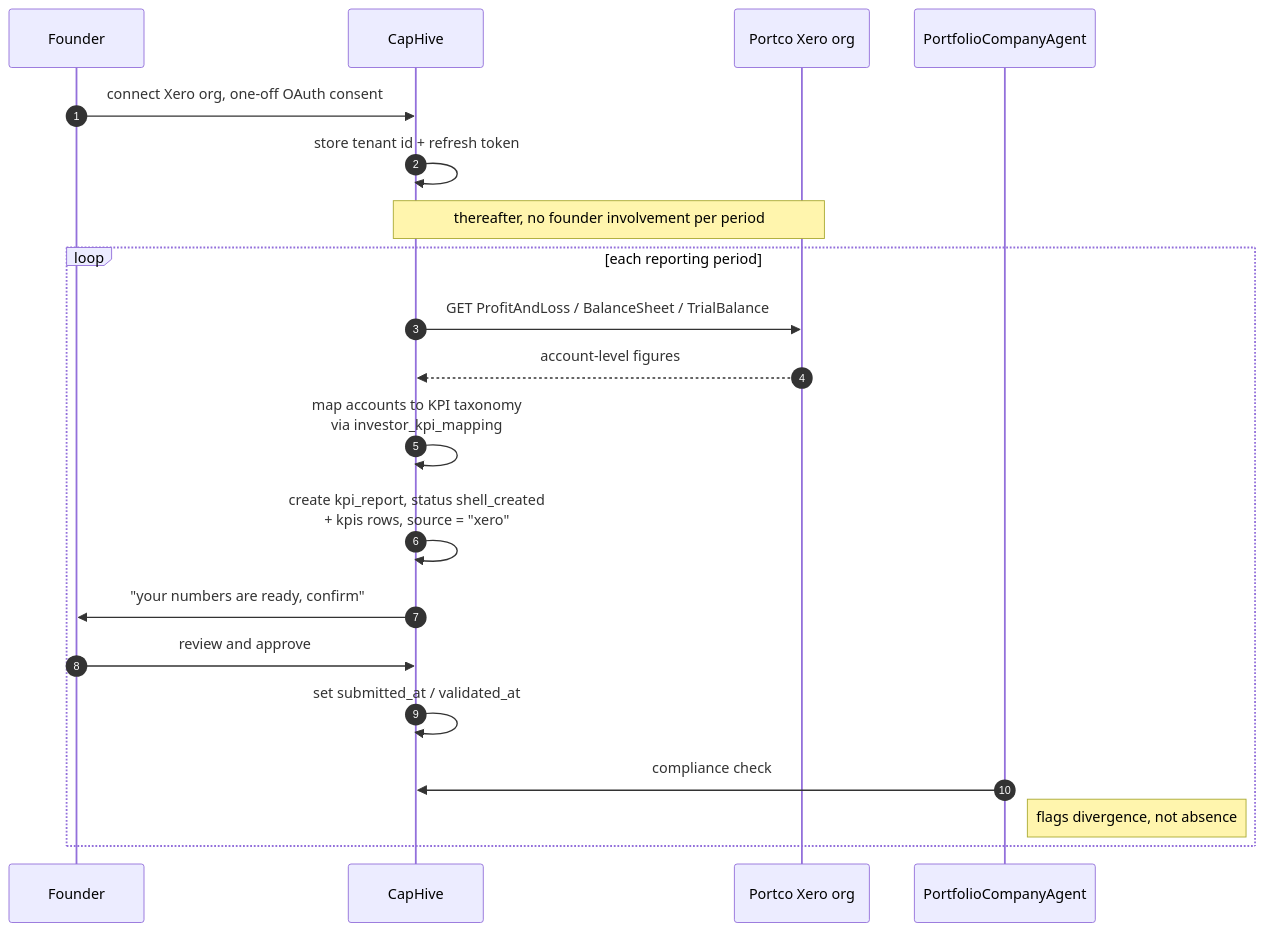
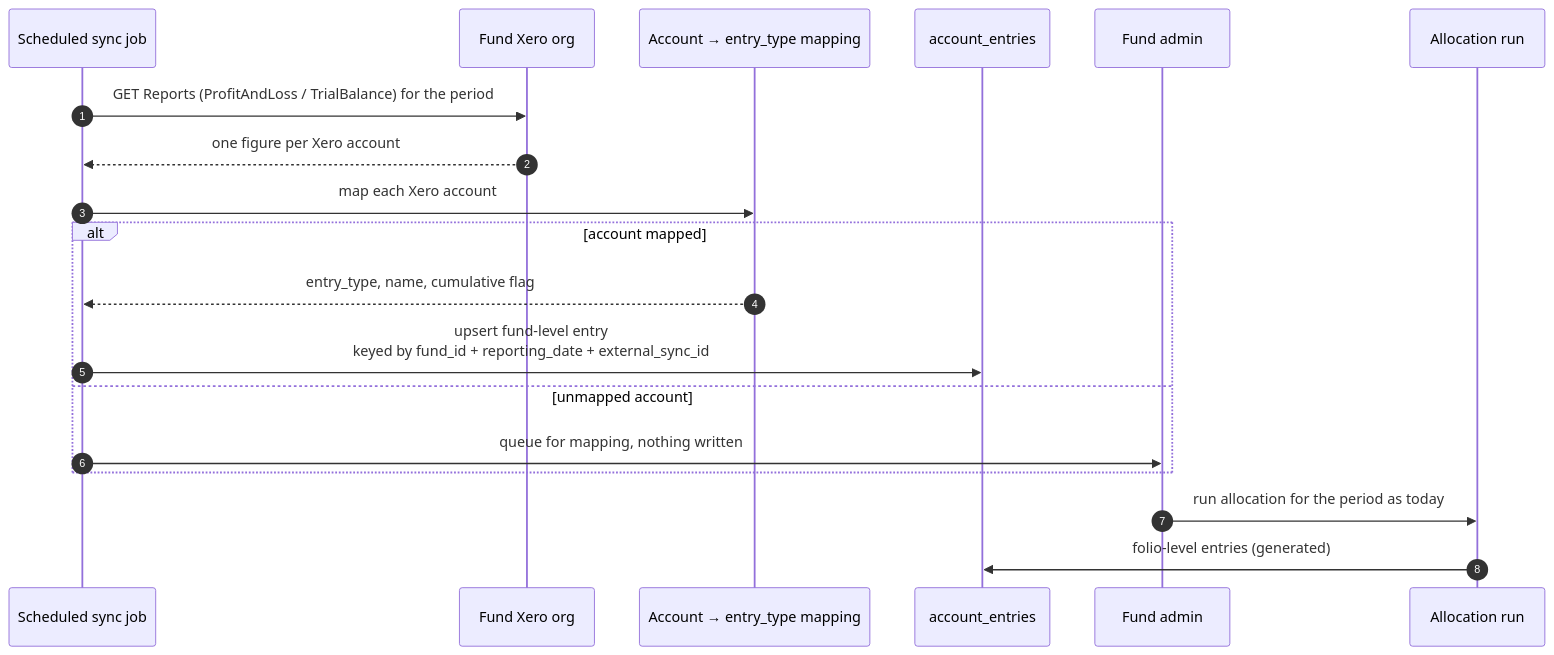
The second of 4 diagrams in docs/modules/integrations/xero_integration_use_cases.md (sampadadiwan/IRM_CompanyMain), drawn with Mermaid before and after one commit. The commit also changed other lines of this file and 11 other files, not shown here.

First line of the commit message:
Add Xero Pull Sync QA Checklist and Specifications

````diff
--- a/docs/modules/integrations/xero_integration_use_cases.md
+++ b/docs/modules/integrations/xero_integration_use_cases.md
@@ -78,24 +62,22 @@
 ```mermaid
 sequenceDiagram
     autonumber
-    participant F as Founder
-    participant CH as CapHive
-    participant X as Portco Xero org
-    participant AG as PortfolioCompanyAgent
+    participant J as Scheduled sync job
+    participant X as Fund Xero org
+    participant M as Account → entry_type mapping
+    participant AE as account_entries
+    participant OPS as Fund admin
+    participant AR as Allocation run
 
-    F->>CH: connect Xero org, one-off OAuth consent
-    CH->>CH: store tenant id + refresh token
-    Note over CH,X: thereafter, no founder involvement per period
-
-    loop each reporting period
-        CH->>X: GET ProfitAndLoss / BalanceSheet / TrialBalance
-        X-->>CH: account-level figures
-        CH->>CH: map accounts to KPI taxonomy<br/>via investor_kpi_mapping
-        CH->>CH: create kpi_report, status shell_created<br/>+ kpis rows, source = "xero"
-        CH->>F: "your numbers are ready, confirm"
-        F->>CH: review and approve
-        CH->>CH: set submitted_at / validated_at
-        AG->>CH: compliance check
-        Note right of AG: flags divergence, not absence
+    J->>X: GET Reports (ProfitAndLoss / TrialBalance) for the period
+    X-->>J: one figure per Xero account
+    J->>M: map each Xero account
+    alt account mapped
+        M-->>J: entry_type, name, cumulative flag
+        J->>AE: upsert fund-level entry<br/>keyed by fund_id + reporting_date + external_sync_id
+    else unmapped account
+        J->>OPS: queue for mapping, nothing written
     end
+    OPS->>AR: run allocation for the period as today
+    AR->>AE: folio-level entries (generated)
 ```
````
